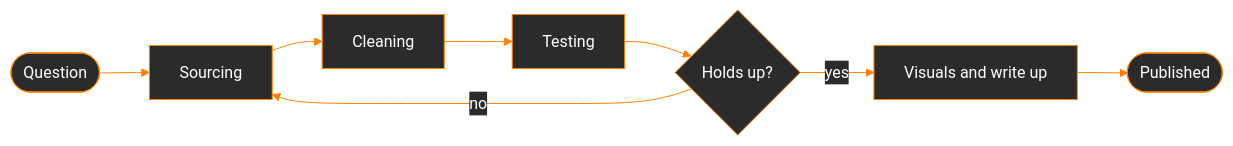
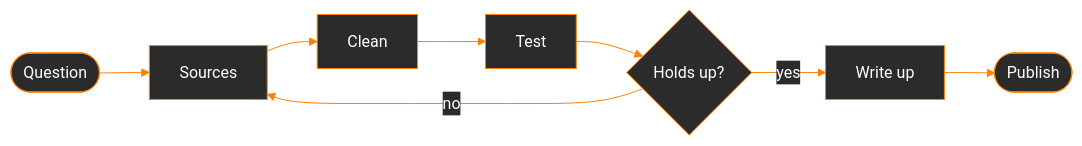
The diagram in README.md (t4zc4t/t4zc4t), drawn with Mermaid before and after one commit. The commit also changed other lines of this file, not shown here.

Commit message:
tidy profile badges and stats

````diff
--- a/README.md
+++ b/README.md
@@ -52,11 +50,11 @@
 ```mermaid
 %%{init: {'theme':'base','themeVariables':{'primaryColor':'#2b2b2b','primaryTextColor':'#ffffff','primaryBorderColor':'#FF8000','lineColor':'#FF8000','secondaryColor':'#2b2b2b','tertiaryColor':'#2b2b2b','fontFamily':'Inter, sans-serif'}}}%%
 flowchart LR
-    Q([Question]) --> S[Sourcing]
-    S --> C[Cleaning]
-    C --> T[Testing]
+    Q([Question]) --> S[Sources]
+    S --> C[Clean]
+    C --> T[Test]
     T --> V{Holds up?}
     V -- no --> S
-    V -- yes --> R[Visuals and write up]
-    R --> P([Published])
+    V -- yes --> R[Write up]
+    R --> P([Publish])
 ```
````
